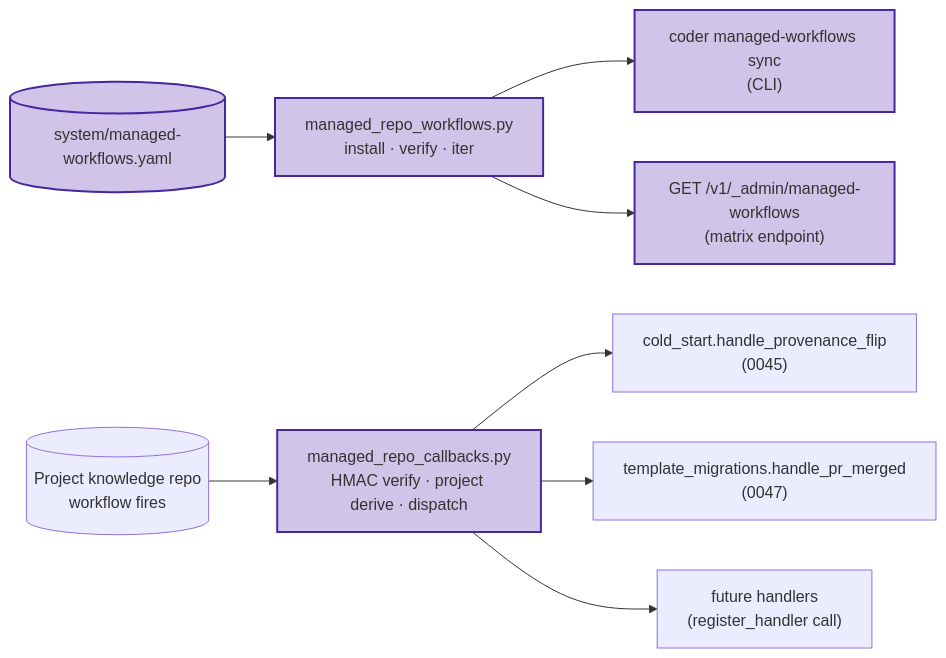
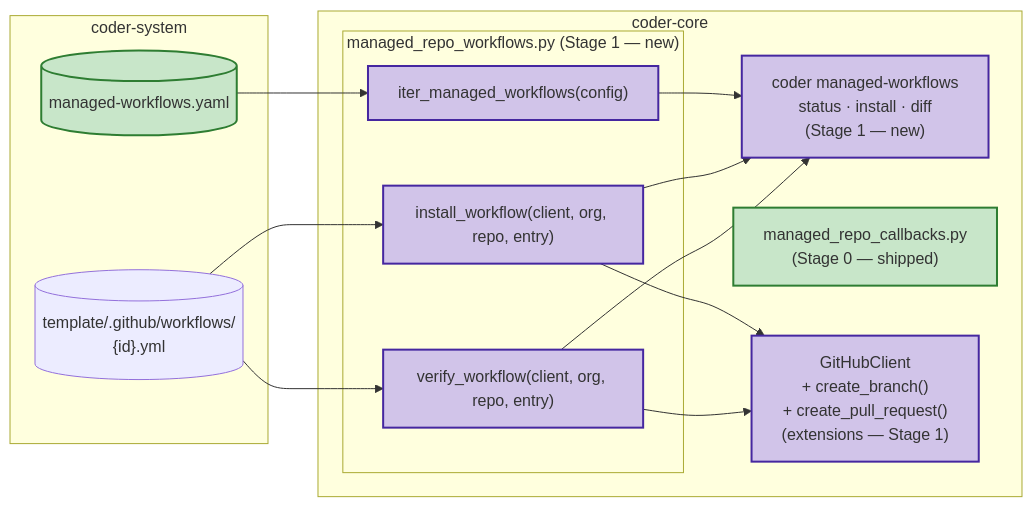
The diagram in system/designs/wip/0052-managed-repo-action-distribution.md (coder-devx/coder-system), drawn with Mermaid before and after one commit. The commit also changed other lines of this file and 3 other files, not shown here.

First line of the commit message:
docs(0052): Stage 1 helpers + sync CLI design refinement

````diff
--- a/system/designs/wip/0052-managed-repo-action-distribution.md
+++ b/system/designs/wip/0052-managed-repo-action-distribution.md
@@ -41,14 +53,32 @@
 ```mermaid
 flowchart LR
-  manifest[("system/managed-workflows.yaml")] --> helper["managed_repo_workflows.py<br/>install · verify · iter"]
-  helper --> seed["coder managed-workflows sync<br/>(CLI)"]
-  helper --> admin["GET /v1/_admin/managed-workflows<br/>(matrix endpoint)"]
+  subgraph cs ["coder-system"]
+    manifest[("managed-workflows.yaml")]
+    template[("template/.github/workflows/\n{id}.yml")]
+  end
 
-  trigger[("Project knowledge repo<br/>workflow fires")] --> recv["managed_repo_callbacks.py<br/>HMAC verify · project derive · dispatch"]
-  recv --> handler1["cold_start.handle_provenance_flip<br/>(0045)"]
-  recv --> handler2["template_migrations.handle_pr_merged<br/>(0047)"]
-  recv --> handlerN["future handlers<br/>(register_handler call)"]
+  subgraph cc ["coder-core"]
+    subgraph helpers ["managed_repo_workflows.py (Stage 1 — new)"]
+      iter["iter_managed_workflows(config)"]
+      install["install_workflow(client, org, repo, entry)"]
+      verify["verify_workflow(client, org, repo, entry)"]
+    end
+    cli["coder managed-workflows\nstatus · install · diff\n(Stage 1 — new)"]
+    callbacks["managed_repo_callbacks.py\n(Stage 0 — shipped)"]
+    gh["GitHubClient\n+ create_branch()\n+ create_pull_request()\n(extensions — Stage 1)"]
+  end
+
+  manifest --> iter
+  template --> install
+  template --> verify
+  iter --> cli
+  install --> cli
+  verify --> cli
+  install --> gh
+  verify --> gh
 
   classDef new fill:#d1c4e9,stroke:#4527a0,stroke-width:2px
-  class manifest,helper,seed,admin,recv new
+  classDef shipped fill:#c8e6c9,stroke:#2e7d32,stroke-width:2px
+  class iter,install,verify,cli,gh new
+  class callbacks,manifest shipped
 ```
````
